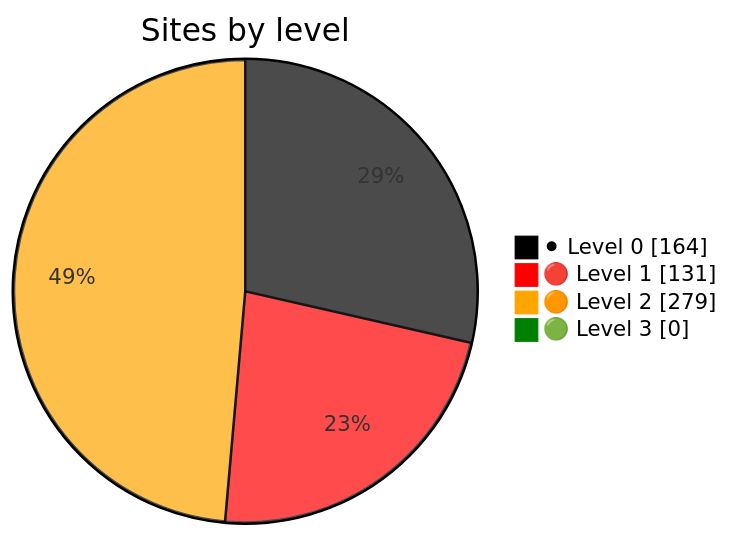
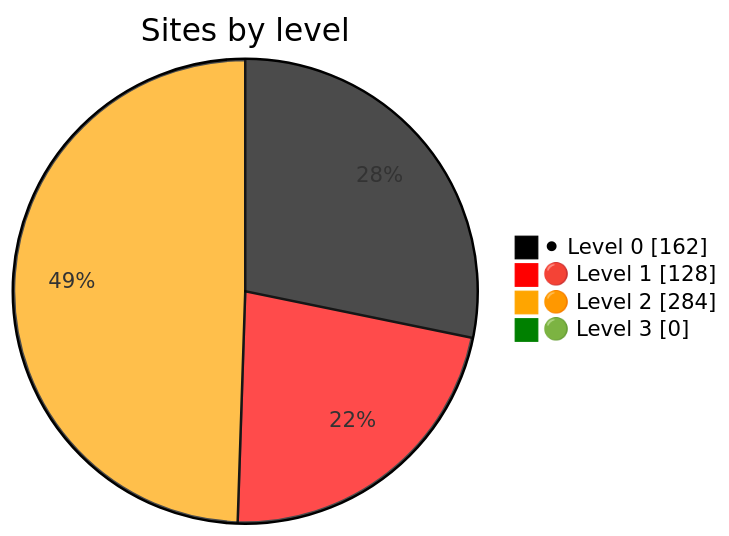
One commit to Dushmilan/gov_lk_web_auditor changed the diagram in README.md. Above: the diagram before and after it, drawn with Mermaid. The commit also changed other lines of this file and 2594 other files, not shown here.

````diff
--- a/README.md
+++ b/README.md
@@ -24,9 +24,9 @@
 ```mermaid
 %%{init: {"themeVariables":{"pie1":"black","pie2":"red","pie3":"orange","pie4":"green"}}}%%
 pie showData
     title Sites by level
-    "⚫ Level 0" : 164
-    "🔴 Level 1" : 131
-    "🟠 Level 2" : 279
+    "⚫ Level 0" : 162
+    "🔴 Level 1" : 128
+    "🟠 Level 2" : 284
     "🟢 Level 3" : 0
 ```
````
